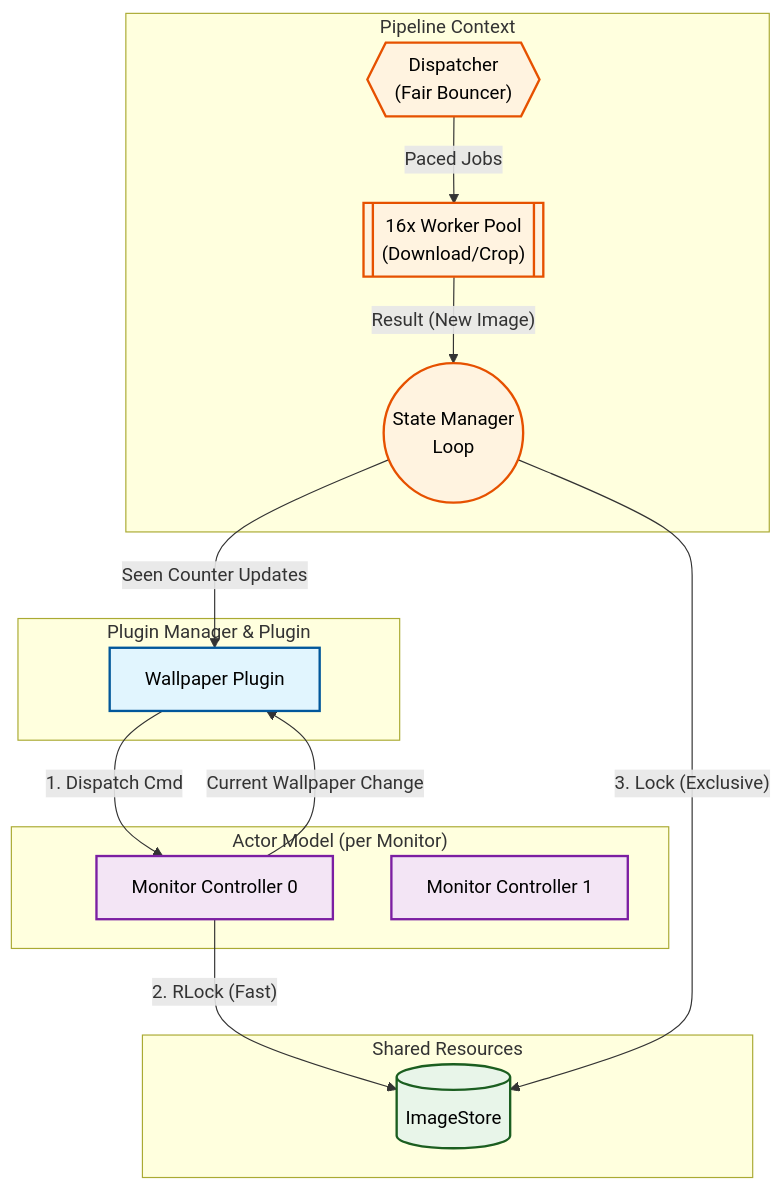
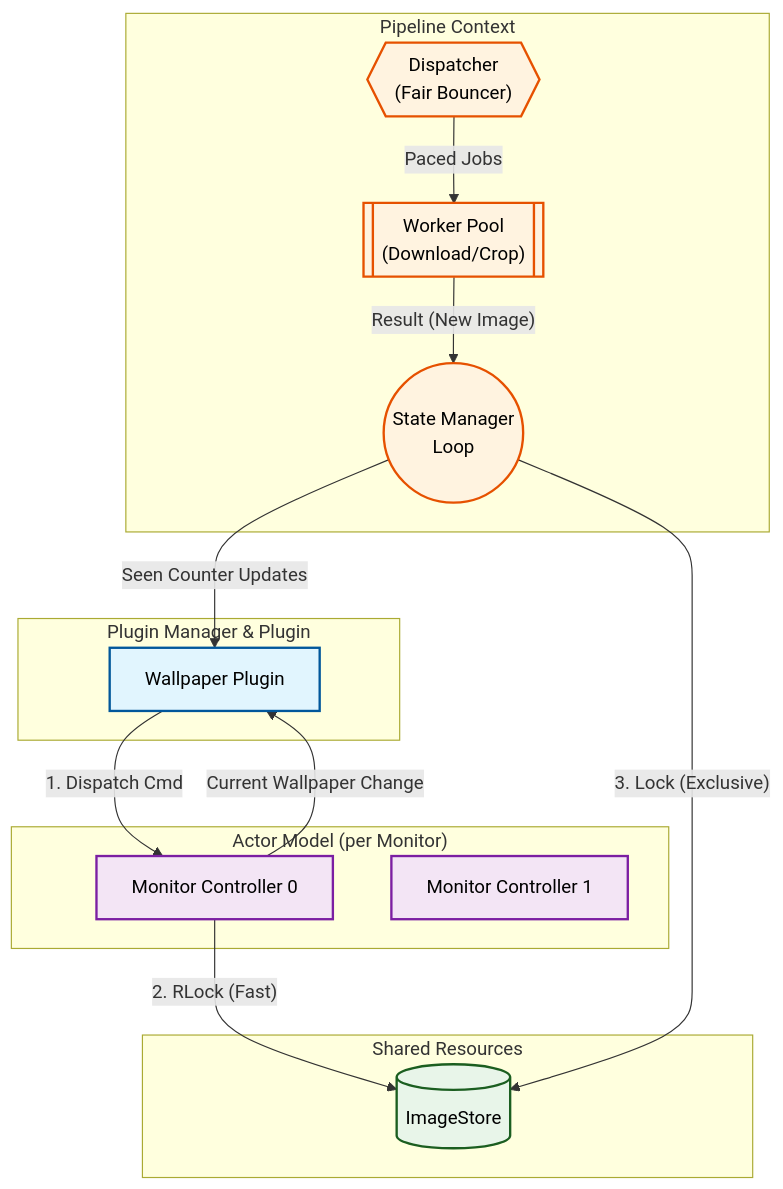
The third of 7 diagrams in docs/architecture.md (dixieflatline76/Spice), drawn with Mermaid before and after one commit. The commit also changed other lines of this file and 2 other files, not shown here.

First line of the commit message:
docs: restructure into single-source-of-truth architecture

````diff
--- a/docs/architecture.md
+++ b/docs/architecture.md
@@ -62,38 +73,38 @@
 ```mermaid
 graph TD
     classDef ui fill:#e1f5fe,stroke:#01579b,stroke-width:2px,color:#000,font-size:16px;
     classDef actor fill:#f3e5f5,stroke:#7b1fa2,stroke-width:2px,color:#000,font-size:16px;
     classDef pipe fill:#fff3e0,stroke:#e65100,stroke-width:2px,color:#000,font-size:16px;
     classDef store fill:#e8f5e9,stroke:#1b5e20,stroke-width:2px,color:#000,font-size:16px;
 
     subgraph UI_Orchestration ["Plugin Manager & Plugin"]
         Plugin[Wallpaper Plugin]:::ui
     end
 
     subgraph Actor_Layer ["Actor Model (per Monitor)"]
         Monitor1[Monitor Controller 0]:::actor
         Monitor2[Monitor Controller 1]:::actor
     end
 
     subgraph Shared_Resource ["Shared Resources"]
         Store[(ImageStore)]:::store
     end
 
     subgraph Pipeline_Layer ["Pipeline Context"]
         Dispatcher{{"Dispatcher<br/>(Fair Bouncer)"}}:::pipe
-        Workers[["16x Worker Pool<br/>(Download/Crop)"]]:::pipe
+        Workers[["Worker Pool<br/>(Download/Crop)"]]:::pipe
         Manager(("State Manager<br/>Loop")):::pipe
     end
 
     %% Interaction Flows
     Plugin -- "1. Dispatch Cmd" --> Monitor1
     Monitor1 -- "2. RLock (Fast)" --> Store
     
     Dispatcher -- "Paced Jobs" --> Workers
     Workers -- "Result (New Image)" --> Manager
     Manager -- "3. Lock (Exclusive)" --> Store
     
     %% Feedback
     Manager -- "Seen Counter Updates" --> Plugin
     Monitor1 -- "Current Wallpaper Change" --> Plugin
 ```
````
